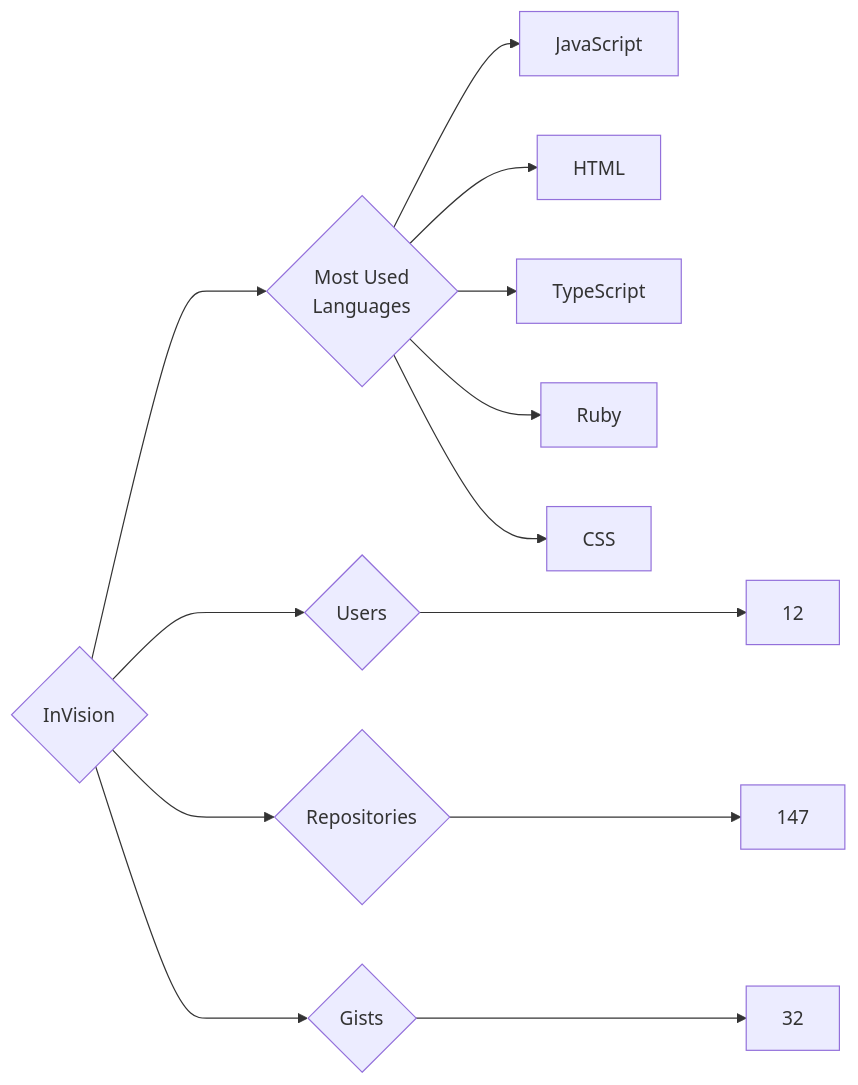
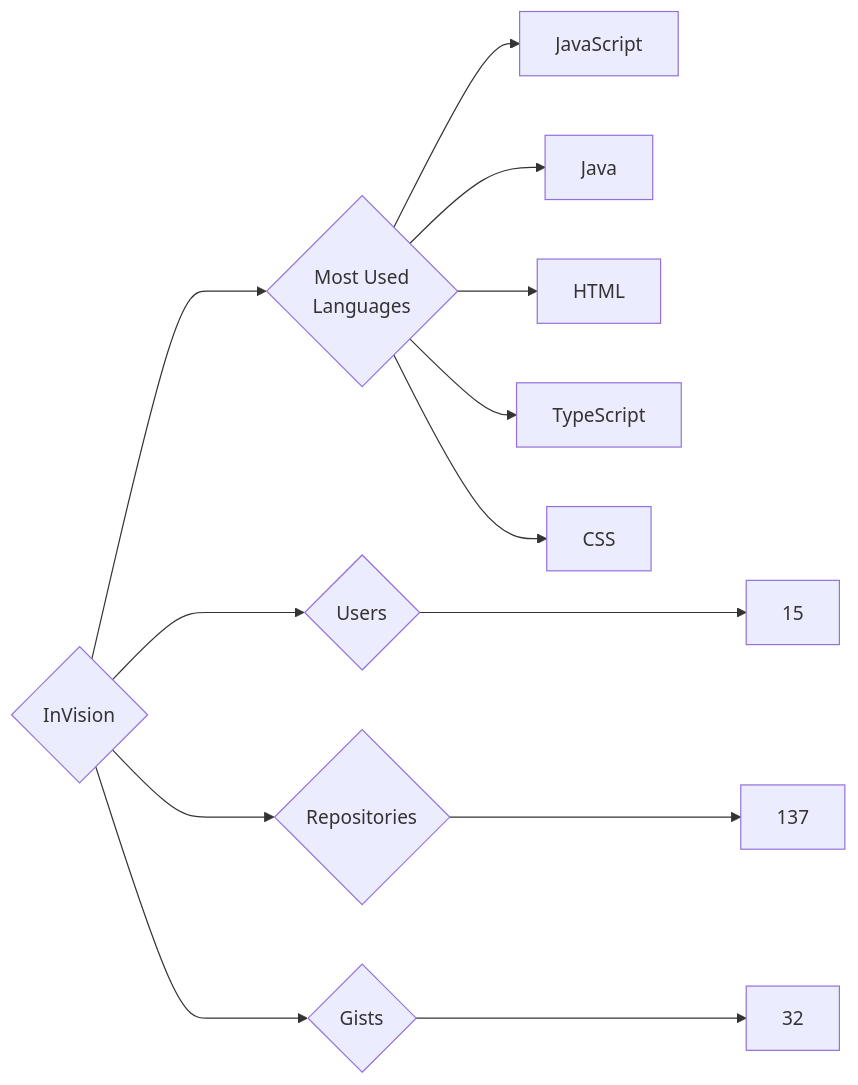
One commit to trickest/insiders changed the diagram in targets/InVision/README.md. Above: the diagram before and after it, drawn with Mermaid. The commit also changed 715 other files, not shown here.

````diff
--- a/targets/InVision/README.md
+++ b/targets/InVision/README.md
@@ -3,13 +3,13 @@
 ```mermaid
 graph LR
 COMPANY_NAME{InVision}
-COMPANY_NAME ---> U{Users} ---> UN[12]
-COMPANY_NAME ---> R{Repositories} ---> RN[147]
+COMPANY_NAME ---> U{Users} ---> UN[15]
+COMPANY_NAME ---> R{Repositories} ---> RN[137]
 COMPANY_NAME ---> G{Gists} ---> GN[32]
 COMPANY_NAME ---> ML{Most Used<br>Languages}
 ML --> JavaScript[JavaScript]
+ML --> Java[Java]
 ML --> HTML[HTML]
 ML --> TypeScript[TypeScript]
-ML --> Ruby[Ruby]
 ML --> CSS[CSS]
 ```
````
